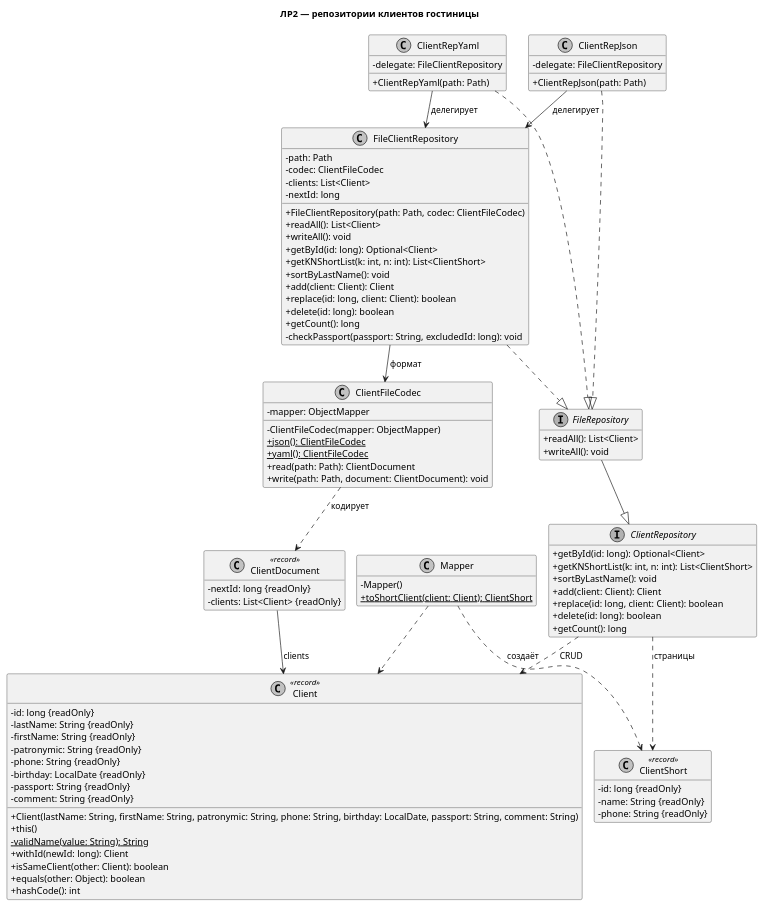
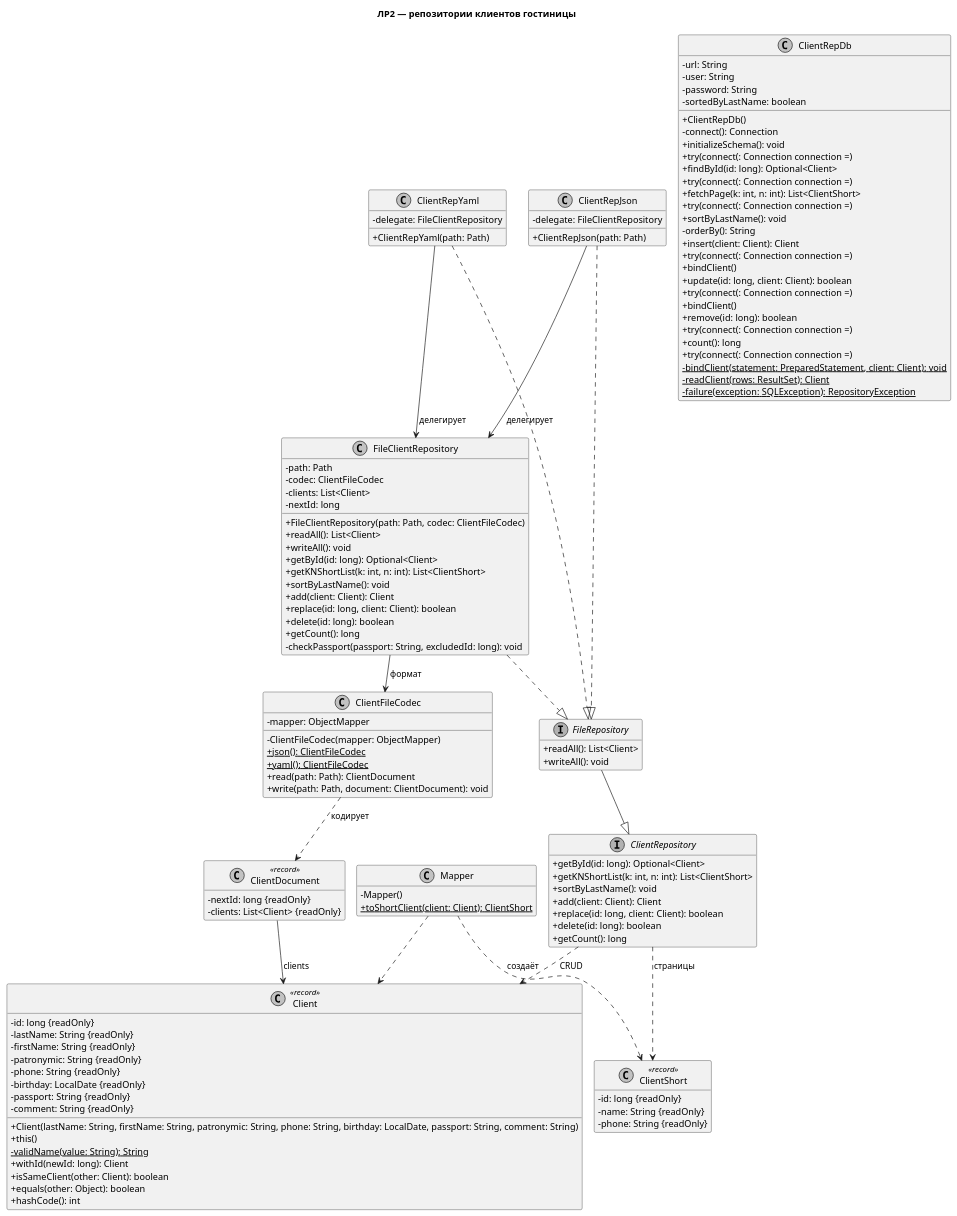
Before and after one commit to enteryourworld/information-system-design: the diagram in лаб2/docs/class-diagram.puml, drawn with PlantUML. The commit also changed 7 other files, not shown here.

```diff
--- a/лаб2/docs/class-diagram.puml
+++ b/лаб2/docs/class-diagram.puml
@@ -1,109 +1,139 @@
 @startuml
 !pragma layout smetana
 title ЛР2 — репозитории клиентов гостиницы
 skinparam classAttributeIconSize 0
 skinparam shadowing false
 skinparam monochrome true
 skinparam defaultFontName Arial
 hide empty members
 
 class Client <<record>> {
   - id: long {readOnly}
   - lastName: String {readOnly}
   - firstName: String {readOnly}
   - patronymic: String {readOnly}
   - phone: String {readOnly}
   - birthday: LocalDate {readOnly}
   - passport: String {readOnly}
   - comment: String {readOnly}
   + Client(lastName: String, firstName: String, patronymic: String, phone: String, birthday: LocalDate, passport: String, comment: String)
   + this()
   - {static} validName(value: String): String
   + withId(newId: long): Client
   + isSameClient(other: Client): boolean
   + equals(other: Object): boolean
   + hashCode(): int
 }
 
 class ClientDocument <<record>> {
   - nextId: long {readOnly}
   - clients: List<Client> {readOnly}
 }
 
 class ClientFileCodec {
   - mapper: ObjectMapper
   - ClientFileCodec(mapper: ObjectMapper)
   + {static} json(): ClientFileCodec
   + {static} yaml(): ClientFileCodec
   + read(path: Path): ClientDocument
   + write(path: Path, document: ClientDocument): void
+}
+
+class ClientRepDb {
+  - url: String
+  - user: String
+  - password: String
+  - sortedByLastName: boolean
+  + ClientRepDb()
+  - connect(): Connection
+  + initializeSchema(): void
+  + try(connect(: Connection connection =)
+  + findById(id: long): Optional<Client>
+  + try(connect(: Connection connection =)
+  + fetchPage(k: int, n: int): List<ClientShort>
+  + try(connect(: Connection connection =)
+  + sortByLastName(): void
+  - orderBy(): String
+  + insert(client: Client): Client
+  + try(connect(: Connection connection =)
+  + bindClient()
+  + update(id: long, client: Client): boolean
+  + try(connect(: Connection connection =)
+  + bindClient()
+  + remove(id: long): boolean
+  + try(connect(: Connection connection =)
+  + count(): long
+  + try(connect(: Connection connection =)
+  - {static} bindClient(statement: PreparedStatement, client: Client): void
+  - {static} readClient(rows: ResultSet): Client
+  - {static} failure(exception: SQLException): RepositoryException
 }
 
 class ClientRepJson {
   - delegate: FileClientRepository
   + ClientRepJson(path: Path)
 }
 
 class ClientRepYaml {
   - delegate: FileClientRepository
   + ClientRepYaml(path: Path)
 }
 
 interface ClientRepository {
   + getById(id: long): Optional<Client>
   + getKNShortList(k: int, n: int): List<ClientShort>
   + sortByLastName(): void
   + add(client: Client): Client
   + replace(id: long, client: Client): boolean
   + delete(id: long): boolean
   + getCount(): long
 }
 
 class ClientShort <<record>> {
   - id: long {readOnly}
   - name: String {readOnly}
   - phone: String {readOnly}
 }
 
 class FileClientRepository {
   - path: Path
   - codec: ClientFileCodec
   - clients: List<Client>
   - nextId: long
   + FileClientRepository(path: Path, codec: ClientFileCodec)
   + readAll(): List<Client>
   + writeAll(): void
   + getById(id: long): Optional<Client>
   + getKNShortList(k: int, n: int): List<ClientShort>
   + sortByLastName(): void
   + add(client: Client): Client
   + replace(id: long, client: Client): boolean
   + delete(id: long): boolean
   + getCount(): long
   - checkPassport(passport: String, excludedId: long): void
 }
 
 interface FileRepository {
   + readAll(): List<Client>
   + writeAll(): void
 }
 
 class Mapper {
   - Mapper()
   + {static} toShortClient(client: Client): ClientShort
 }
 
 FileRepository --|> ClientRepository
 ClientRepJson ..|> FileRepository
 ClientRepYaml ..|> FileRepository
 FileClientRepository ..|> FileRepository
 ClientRepJson --> FileClientRepository : делегирует
 ClientRepYaml --> FileClientRepository : делегирует
 FileClientRepository --> ClientFileCodec : формат
 ClientFileCodec ..> ClientDocument : кодирует
 ClientDocument --> Client : clients
 ClientRepository ..> Client : CRUD
 ClientRepository ..> ClientShort : страницы
 Mapper ..> Client
 Mapper ..> ClientShort : создаёт
 @enduml
```
